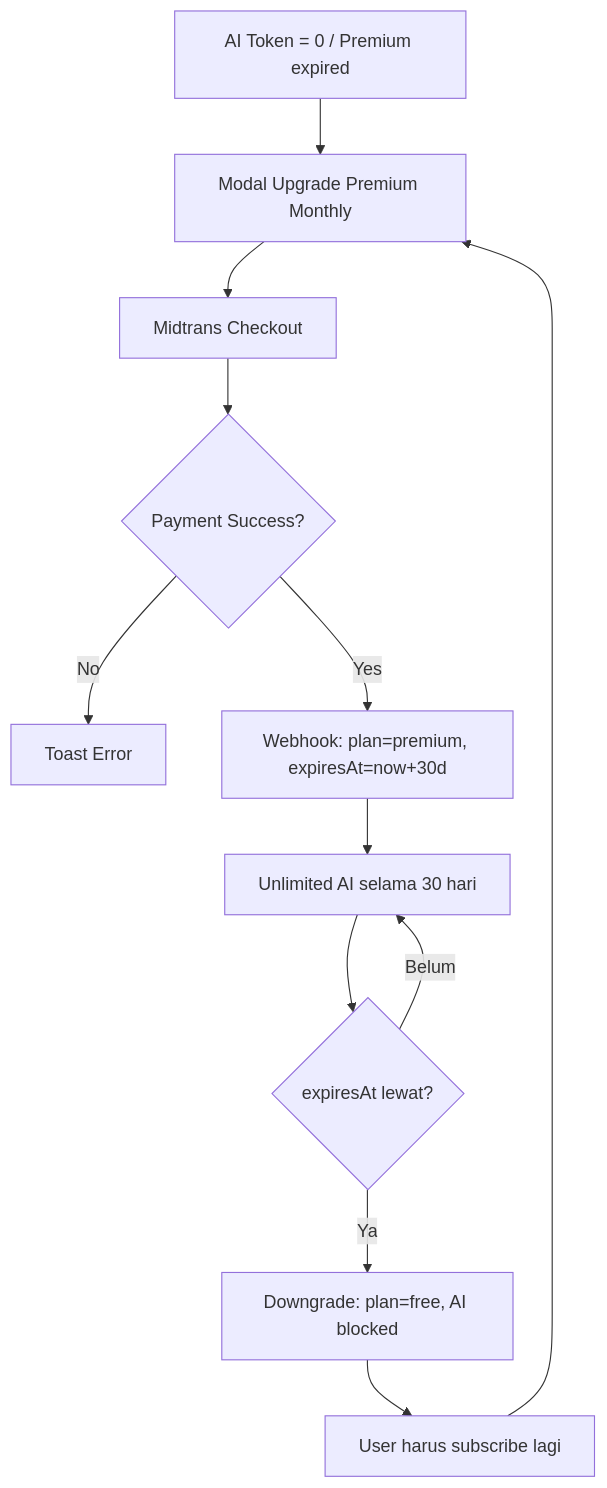
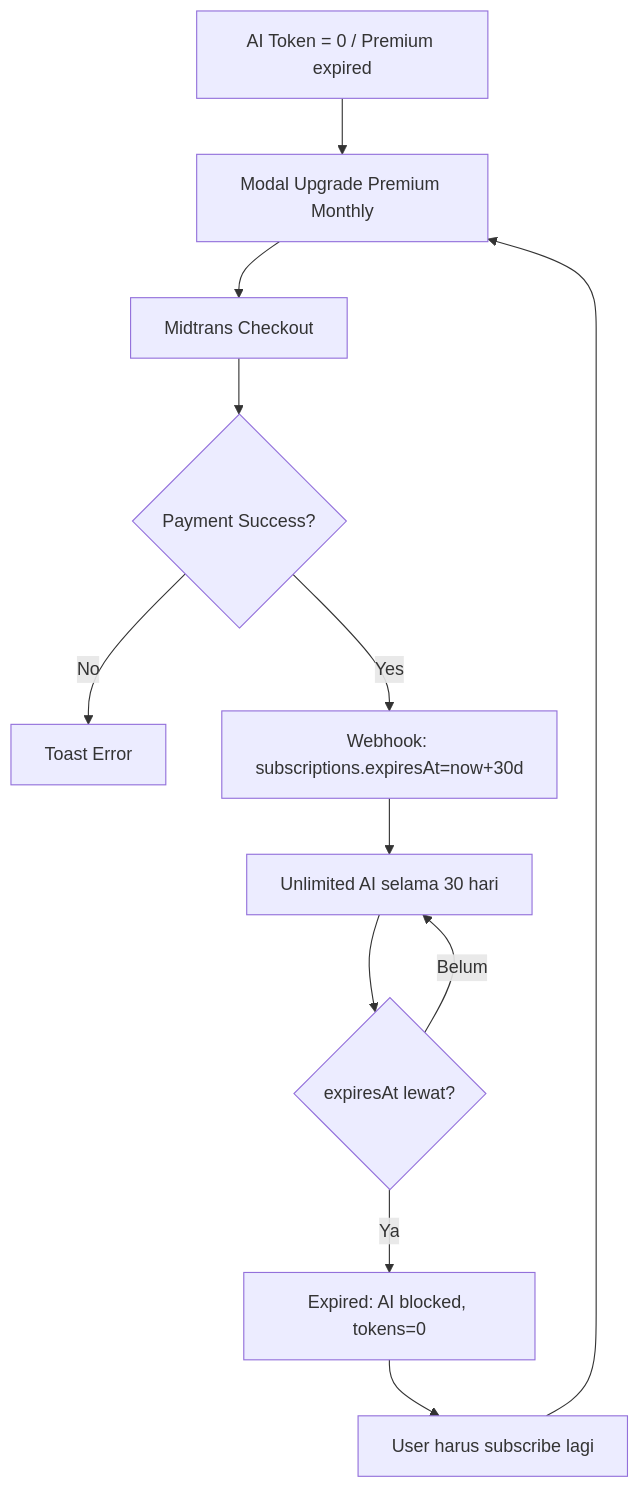
One commit to Final-Project-97/FinalProject97 changed the second of 4 diagrams in PRD.md. Above: the diagram before and after it, drawn with Mermaid. The commit also changed other lines of this file and 2 other files, not shown here.

Commit message:
chore: Rev Final PRD, ERD, Schema

````diff
--- a/PRD.md
+++ b/PRD.md
@@ -411,14 +411,14 @@
 ```mermaid
 flowchart TD
     A[AI Token = 0 / Premium expired] --> B[Modal Upgrade Premium Monthly]
     B --> C[Midtrans Checkout]
     C --> D{Payment Success?}
     D -->|No| F[Toast Error]
-    D -->|Yes| E[Webhook: plan=premium, expiresAt=now+30d]
+    D -->|Yes| E[Webhook: subscriptions.expiresAt=now+30d]
     E --> G[Unlimited AI selama 30 hari]
     G --> H{expiresAt lewat?}
-    H -->|Ya| I[Downgrade: plan=free, AI blocked]
+    H -->|Ya| I[Expired: AI blocked, tokens=0]
     I --> J[User harus subscribe lagi]
     J --> B
     H -->|Belum| G
 ```
````
